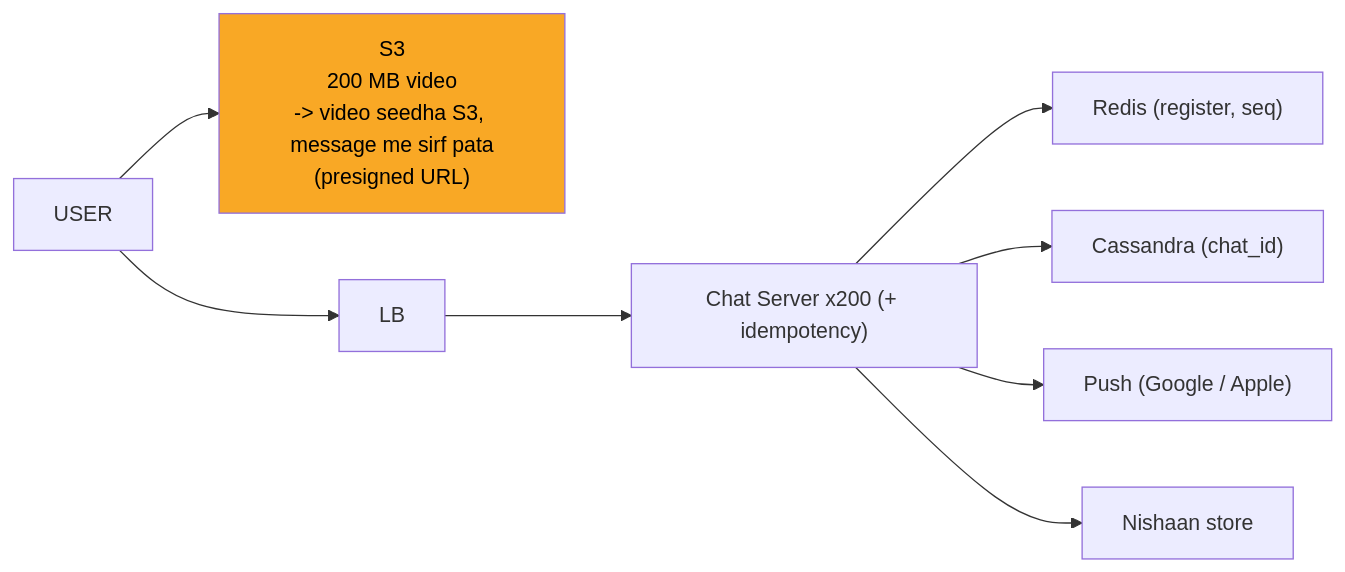
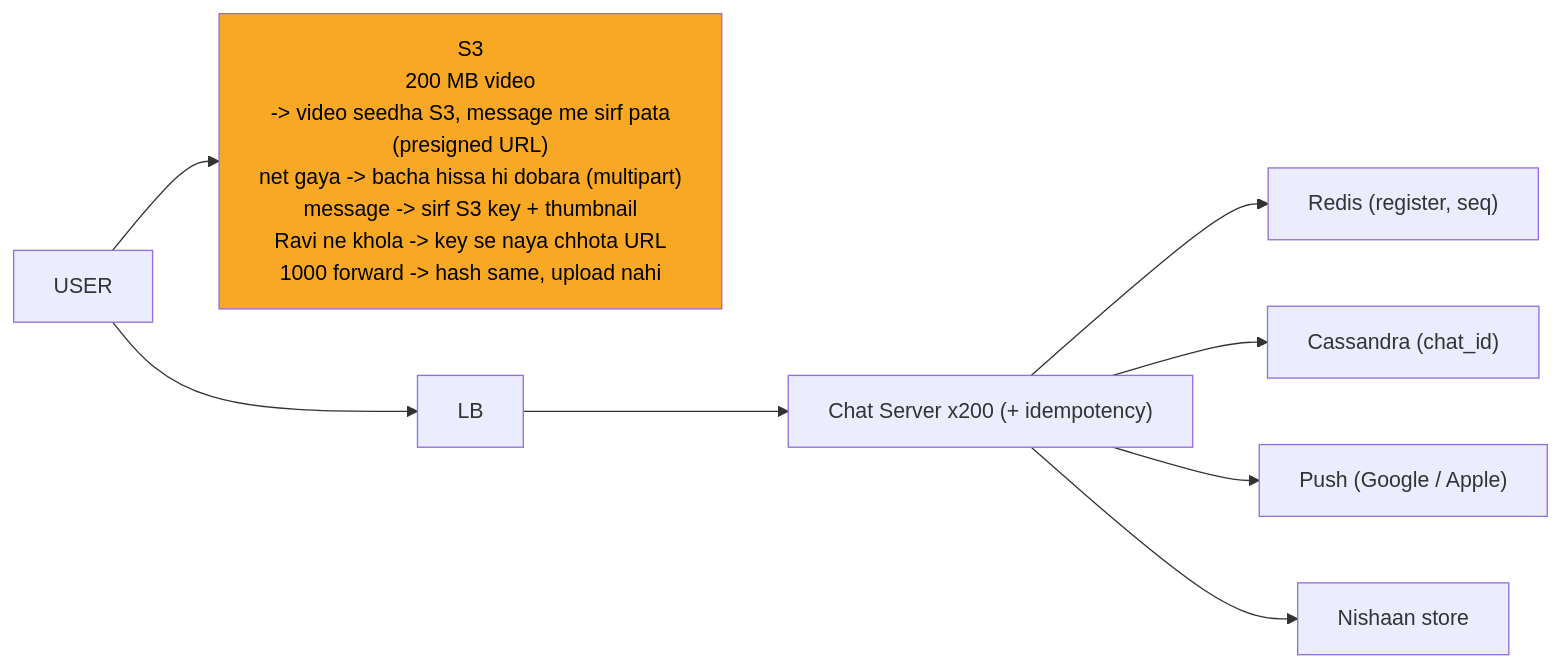
One commit to ArpanMaheshwari144/Prep changed the tenth of 12 diagrams in 04_HLD/SYSTEM_DESIGNS/14_chat_messaging/14_chat_messaging.md. Above: the diagram before and after it, drawn with Mermaid. The commit also changed other lines of this file and 12 other files, not shown here.

Commit message:
hld 02-14: peele dabbe me SAFAR ke mod + diagram chauda (wrappingWidth 450)

````diff
--- a/04_HLD/SYSTEM_DESIGNS/14_chat_messaging/14_chat_messaging.md
+++ b/04_HLD/SYSTEM_DESIGNS/14_chat_messaging/14_chat_messaging.md
@@ -425,19 +434,20 @@
 ```mermaid
+%%{init: {"flowchart": {"wrappingWidth": 450}}}%%
 flowchart LR
-    n_S3["S3<br/>200 MB video<br/>-> video seedha S3, message me sirf pata<br/>(presigned URL)"]
+    n_S3["S3<br/>200 MB video<br/>-> video seedha S3, message me sirf pata<br/>(presigned URL)<br/>net gaya -> bacha hissa hi dobara (multipart)<br/>message -> sirf S3 key + thumbnail<br/>Ravi ne khola -> key se naya chhota URL<br/>1000 forward -> hash same, upload nahi"]
     n_U["USER"]
     n_LB["LB"]
     n_CS["Chat Server x200 (+ idempotency)"]
     n_R["Redis (register, seq)"]
     n_CA["Cassandra (chat_id)"]
     n_P["Push (Google / Apple)"]
     n_NS["Nishaan store"]
     n_U --> n_S3
     n_U --> n_LB
     n_LB --> n_CS
     n_CS --> n_R
     n_CS --> n_CA
     n_CS --> n_P
     n_CS --> n_NS
     style n_S3 fill:#f9a825,color:#000
 ```
````
